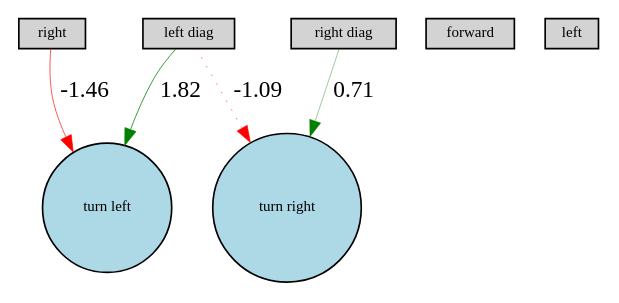
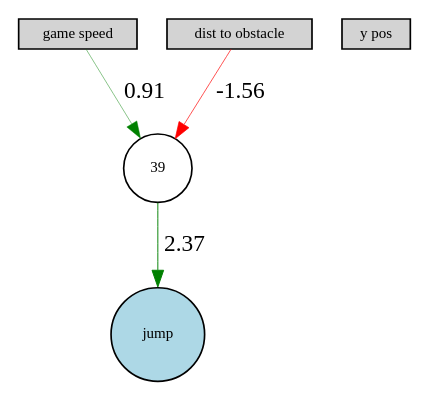
The diagram in L4T3 - Pygame with NEAT/Digraph.gv (MichOng00/TTA-Projects), drawn with Graphviz before and after one commit. The commit also changed 10 other files, not shown here.

```diff
--- a/L4T3 - Pygame with NEAT/Digraph.gv
+++ b/L4T3 - Pygame with NEAT/Digraph.gv
@@ -1,14 +1,11 @@
 digraph {
 	node [fontsize=9 height=0.2 shape=circle width=0.2]
-	right [fillcolor=lightgray shape=box style=filled]
-	"right diag" [fillcolor=lightgray shape=box style=filled]
-	forward [fillcolor=lightgray shape=box style=filled]
-	"left diag" [fillcolor=lightgray shape=box style=filled]
-	left [fillcolor=lightgray shape=box style=filled]
-	"turn right" [fillcolor=lightblue style=filled]
-	"turn left" [fillcolor=lightblue style=filled]
-	"left diag" -> "turn left" [label=1.82 color=green penwidth=0.463732405649518 style=solid]
-	"left diag" -> "turn right" [label=-1.09 color=red penwidth=0.3180277310508062 style=dotted]
-	"right diag" -> "turn right" [label=0.71 color=green penwidth=0.24254392971251917 style=solid]
-	right -> "turn left" [label=-1.46 color=red penwidth=0.3916425830535668 style=solid]
+	"game speed" [fillcolor=lightgray shape=box style=filled]
+	"dist to obstacle" [fillcolor=lightgray shape=box style=filled]
+	"y pos" [fillcolor=lightgray shape=box style=filled]
+	jump [fillcolor=lightblue style=filled]
+	39 [fillcolor=white style=filled]
+	"game speed" -> 39 [label=0.91 color=green penwidth=0.2821315142739884 style=solid]
+	39 -> jump [label=2.37 color=green penwidth=0.5748404039946482 style=solid]
+	"dist to obstacle" -> 39 [label=-1.56 color=red penwidth=0.4122239071107012 style=solid]
 }
```
